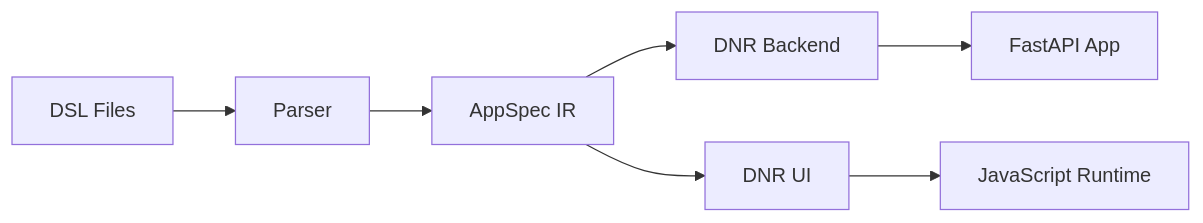
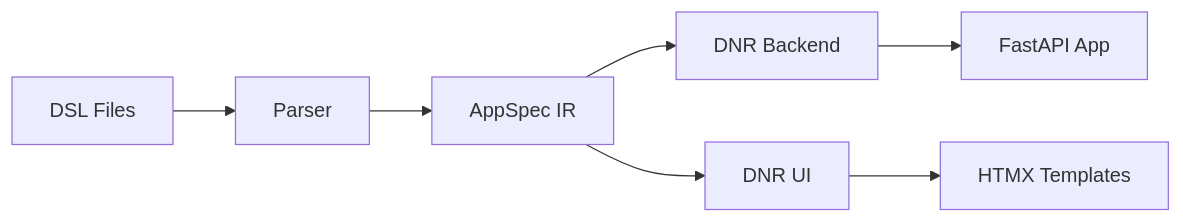
One commit to manwithacat/dazzle changed the diagram in docs/index.md. Above: the diagram before and after it, drawn with Mermaid. The commit also changed other lines of this file and 5 other files, not shown here.

First line of the commit message:
docs: update README and architecture for HTMX migration

````diff
--- a/docs/index.md
+++ b/docs/index.md
@@ -61,9 +61,9 @@
 ```mermaid
 graph LR
     DSL[DSL Files] --> Parser
     Parser --> IR[AppSpec IR]
     IR --> Back[DNR Backend]
     IR --> UI[DNR UI]
     Back --> API[FastAPI App]
-    UI --> JS[JavaScript Runtime]
+    UI --> JS[HTMX Templates]
 ```
````
